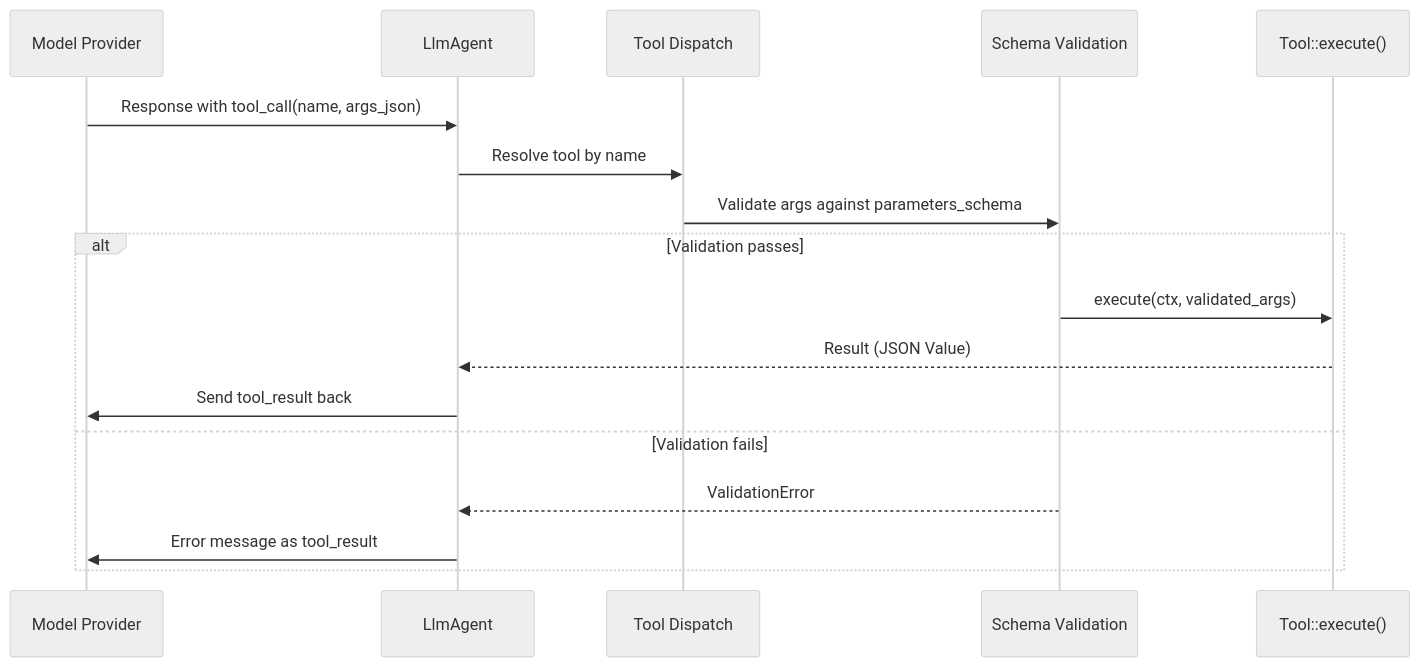
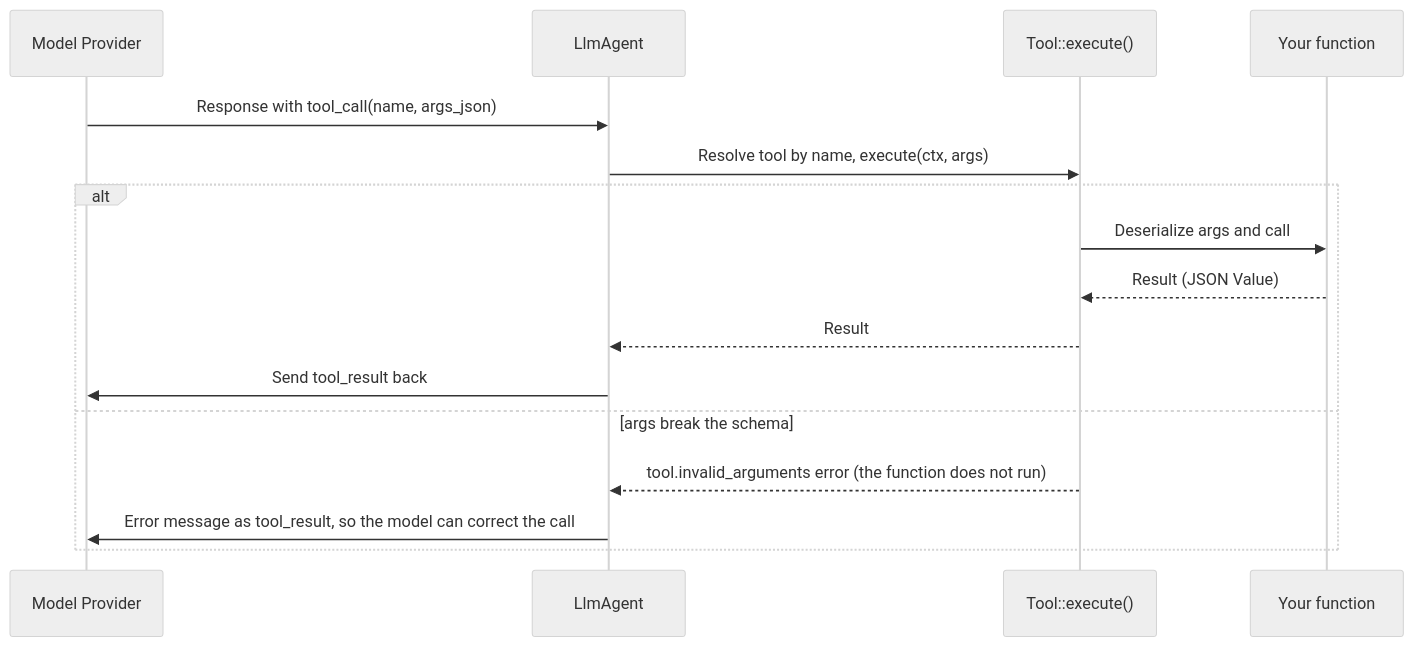
Before and after one commit to zavora-ai/adk-rust: the diagram in docs/official_docs/tools/function-tools.md, drawn with Mermaid (neutral theme). The commit also changed other lines of this file and 80 other files, not shown here.

Commit message:
fix(tool)!: check #[tool] arguments against the schema before running

````diff
--- a/docs/official_docs/tools/function-tools.md
+++ b/docs/official_docs/tools/function-tools.md
@@ -22,21 +22,20 @@
 ```mermaid
 sequenceDiagram
     participant LLM as Model Provider
     participant Agent as LlmAgent
-    participant Dispatch as Tool Dispatch
-    participant Schema as Schema Validation
     participant Tool as Tool::execute()
+    participant Fn as Your function
 
     LLM->>Agent: Response with tool_call(name, args_json)
-    Agent->>Dispatch: Resolve tool by name
-    Dispatch->>Schema: Validate args against parameters_schema
-    
-    alt Validation passes
-        Schema->>Tool: execute(ctx, validated_args)
-        Tool-->>Agent: Result (JSON Value)
+    Agent->>Tool: Resolve tool by name, execute(ctx, args)
+
+    alt #[tool]: args match parameters_schema
+        Tool->>Fn: Deserialize args and call
+        Fn-->>Tool: Result (JSON Value)
+        Tool-->>Agent: Result
         Agent->>LLM: Send tool_result back
-    else Validation fails
-        Schema-->>Agent: ValidationError
-        Agent->>LLM: Error message as tool_result
+    else args break the schema
+        Tool-->>Agent: tool.invalid_arguments error (the function does not run)
+        Agent->>LLM: Error message as tool_result, so the model can correct the call
     end
 ```
````
